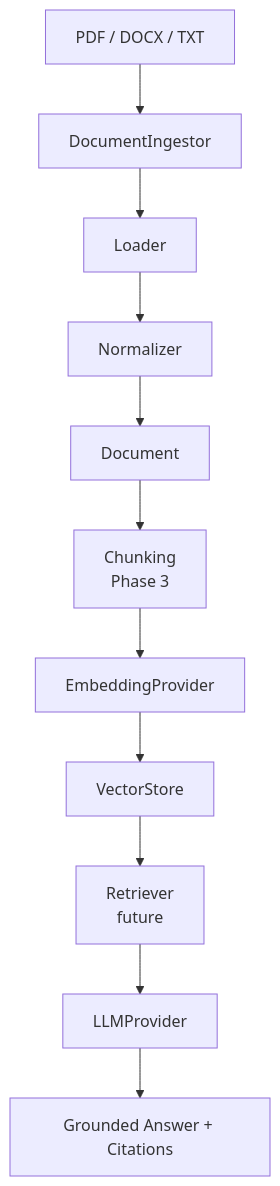
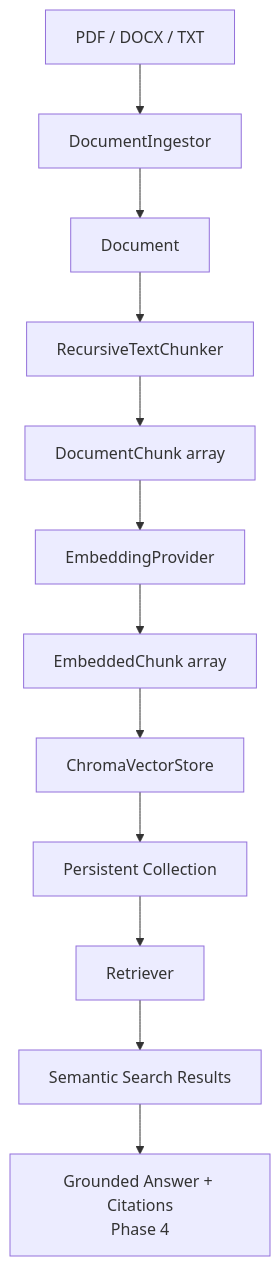
The diagram in README.md (SincereSag87/docintel-rag), drawn with Mermaid before and after one commit. The commit also changed other lines of this file and 27 other files, not shown here.

Commit message:
feat: add chunking embeddings and vector storage

````diff
--- a/README.md
+++ b/README.md
@@ -27,13 +31,14 @@
 ```mermaid
 flowchart TD
     A[PDF / DOCX / TXT] --> B[DocumentIngestor]
-    B --> C[Loader]
-    C --> D[Normalizer]
-    D --> E[Document]
-    E --> F[Chunking<br/>Phase 3]
-    F --> G[EmbeddingProvider]
-    G --> H[VectorStore]
-    H --> I[Retriever<br/>future]
-    I --> J[LLMProvider]
-    J --> K[Grounded Answer + Citations]
+    B --> C[Document]
+    C --> D[RecursiveTextChunker]
+    D --> E[DocumentChunk array]
+    E --> F[EmbeddingProvider]
+    F --> G[EmbeddedChunk array]
+    G --> H[ChromaVectorStore]
+    H --> I[Persistent Collection]
+    I --> J[Retriever]
+    J --> K[Semantic Search Results]
+    K --> L[Grounded Answer + Citations<br/>Phase 4]
 ```
````
